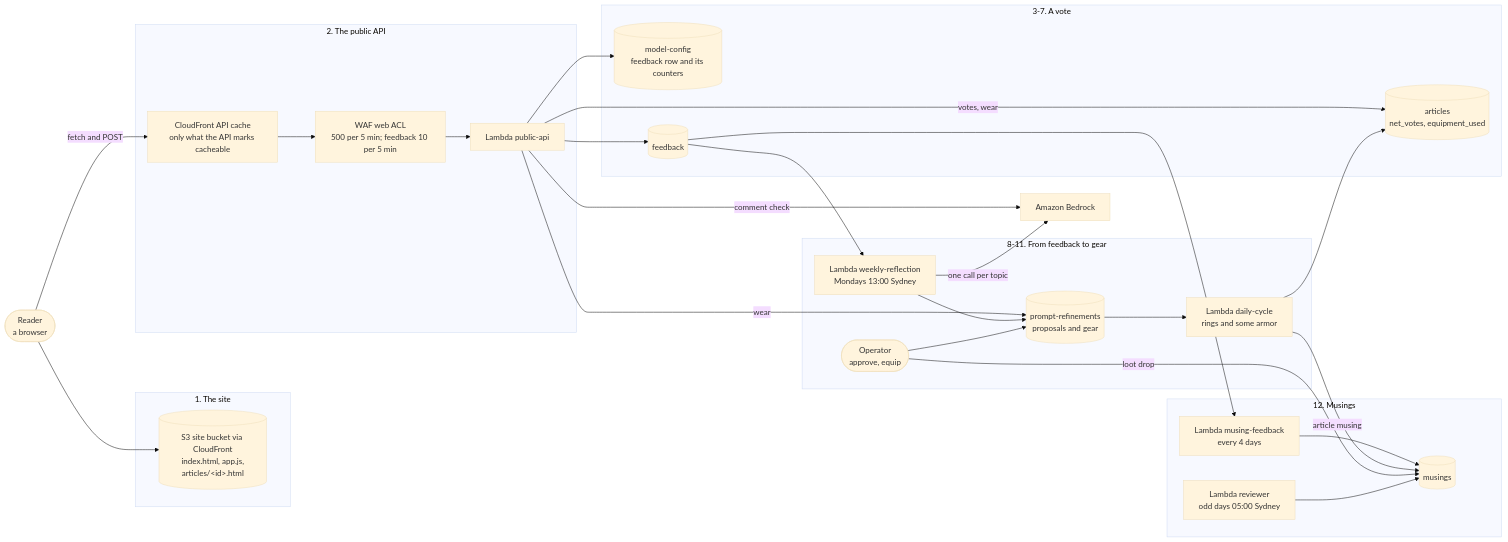
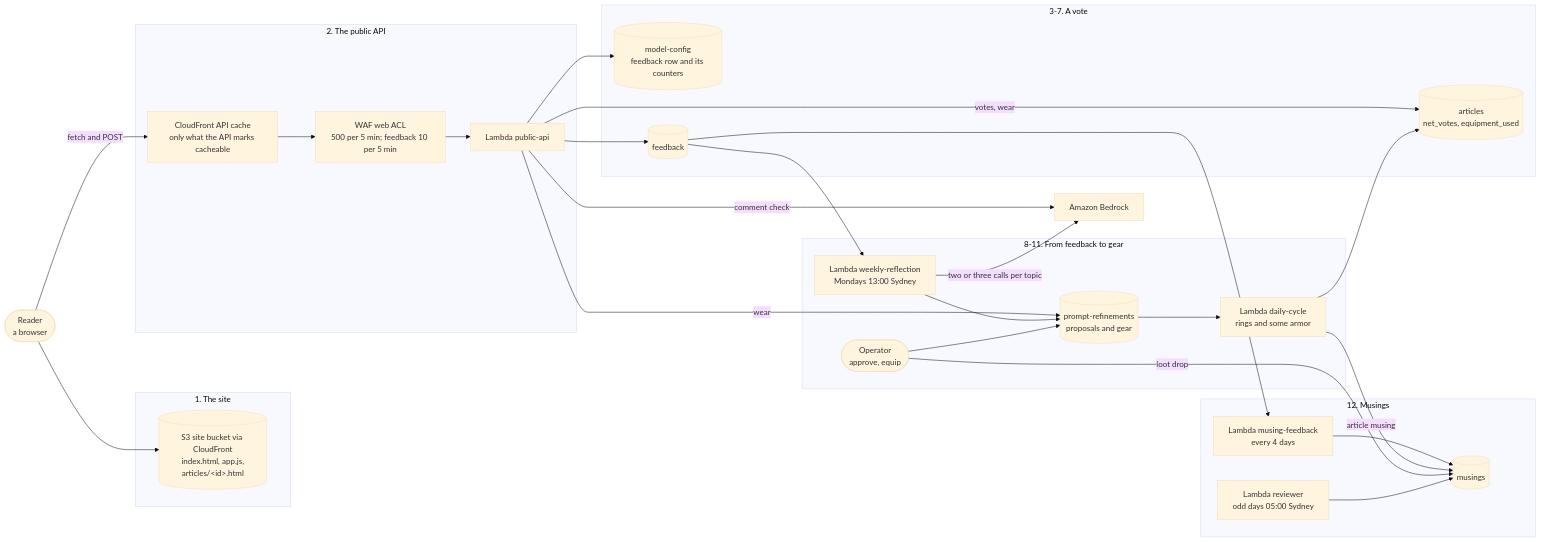
The diagram in docs/architecture/site-and-feedback.md (AllainWoodsford/BloggerBear), drawn with Mermaid (base theme) before and after one commit. The commit also changed other lines of this file and 29 other files, not shown here.

````diff
--- a/docs/architecture/site-and-feedback.md
+++ b/docs/architecture/site-and-feedback.md
@@ -50,46 +50,46 @@
 ```mermaid
 flowchart LR
     reader(["Reader<br/>a browser"])
     subgraph site["1. The site"]
         pages[("S3 site bucket via CloudFront<br/>index.html, app.js,<br/>articles/&lt;id&gt;.html")]
     end
     subgraph api["2. The public API"]
         cdn["CloudFront API cache<br/>only what the API marks cacheable"]
         waf["WAF web ACL<br/>500 per 5 min; feedback 10 per 5 min"]
         pub["Lambda public-api"]
     end
     subgraph vote["3-7. A vote"]
         limits[("model-config<br/>feedback row and its counters")]
         fb[("feedback")]
         arts[("articles<br/>net_votes, equipment_used")]
     end
     subgraph loop["8-11. From feedback to gear"]
         refl["Lambda weekly-reflection<br/>Mondays 13:00 Sydney"]
         refs[("prompt-refinements<br/>proposals and gear")]
         operator(["Operator<br/>approve, equip"])
         daily["Lambda daily-cycle<br/>rings and some armor"]
     end
     subgraph feed["12. Musings"]
         mus[("musings")]
         mf["Lambda musing-feedback<br/>every 4 days"]
         rev["Lambda reviewer<br/>odd days 05:00 Sydney"]
     end
     bedrock["Amazon Bedrock"]
 
     reader --> pages
     reader -- "fetch and POST" --> cdn --> waf --> pub
     pub --> limits
     pub -- "comment check" --> bedrock
     pub --> fb
     pub -- "votes, wear" --> arts
     pub -- "wear" --> refs
     fb --> refl
-    refl -- "one call per topic" --> bedrock
+    refl -- "two or three calls per topic" --> bedrock
     refl --> refs
     operator --> refs
     refs --> daily --> arts
     fb --> mf --> mus
     daily -- "article musing" --> mus
     operator -- "loot drop" --> mus
     rev --> mus
 ```
````
